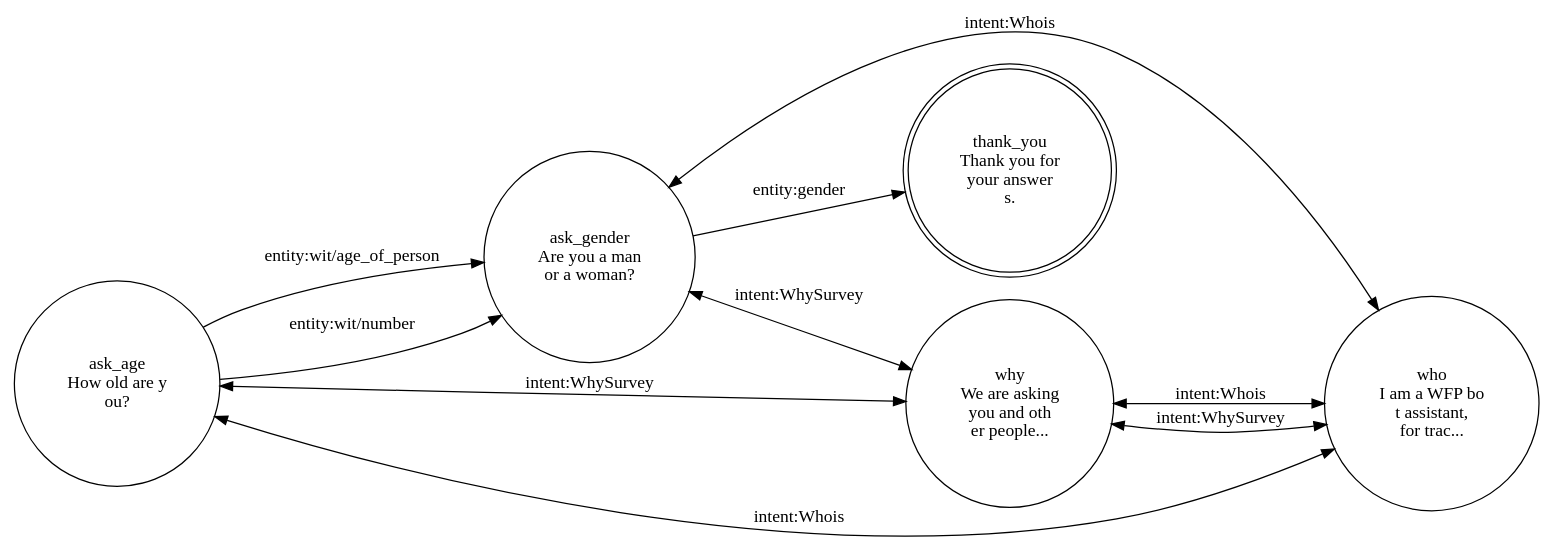
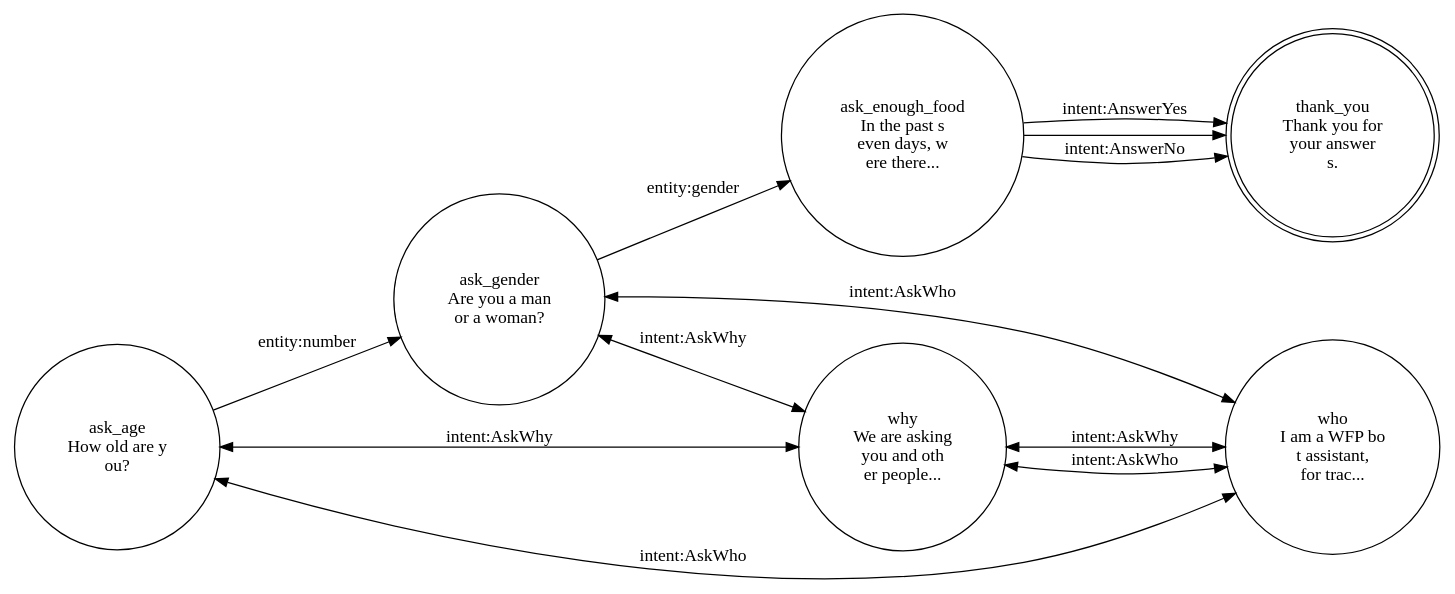
Before and after one commit to instedd/mvam-chatbot: the diagram in data/survey.dot, drawn with Graphviz. The commit also changed 2 other files, not shown here.

Commit message:
Fix draw-survey tool and update generated diagram

```diff
--- a/data/survey.dot
+++ b/data/survey.dot
@@ -1,34 +1,41 @@
 digraph survey_flow {
 	rankdir=LR;
 	size="40";
 	ask_age [ label = "ask_age
 How old are y
 ou?", shape = circle ];
 	ask_gender [ label = "ask_gender
 Are you a man
  or a woman?
+", shape = circle ];
+	ask_enough_food [ label = "ask_enough_food
+In the past s
+even days, w
+ere there...
 ", shape = circle ];
 	thank_you [ label = "thank_you
 Thank you for
  your answer
 s.", shape = doublecircle ];
 	why [ label = "why
 We are asking
  you and oth
 er people...
 ", shape = circle ];
 	who [ label = "who
 I am a WFP bo
 t assistant,
  for trac...
 ", shape = circle ];
-	ask_age -> ask_gender [ label = "entity:wit/age_of_person", dir = forward ];
-	ask_age -> ask_gender [ label = "entity:wit/number", dir = forward ];
-	ask_age -> why [ label = "intent:WhySurvey", dir = both ];
-	ask_age -> who [ label = "intent:Whois", dir = both ];
-	ask_gender -> thank_you [ label = "entity:gender", dir = forward ];
-	ask_gender -> why [ label = "intent:WhySurvey", dir = both ];
-	ask_gender -> who [ label = "intent:Whois", dir = both ];
-	why -> who [ label = "intent:Whois", dir = both ];
-	who -> why [ label = "intent:WhySurvey", dir = both ];
+	ask_age -> ask_gender [ label = "entity:number", dir = forward ];
+	ask_age -> why [ label = "intent:AskWhy", dir = both ];
+	ask_age -> who [ label = "intent:AskWho", dir = both ];
+	ask_gender -> ask_enough_food [ label = "entity:gender", dir = forward ];
+	ask_gender -> why [ label = "intent:AskWhy", dir = both ];
+	ask_gender -> who [ label = "intent:AskWho", dir = both ];
+	ask_enough_food -> thank_you [ label = "", dir = forward ];
+	ask_enough_food -> thank_you [ label = "intent:AnswerNo", dir = forward ];
+	ask_enough_food -> thank_you [ label = "intent:AnswerYes", dir = forward ];
+	why -> who [ label = "intent:AskWho", dir = both ];
+	who -> why [ label = "intent:AskWhy", dir = both ];
 }
```
